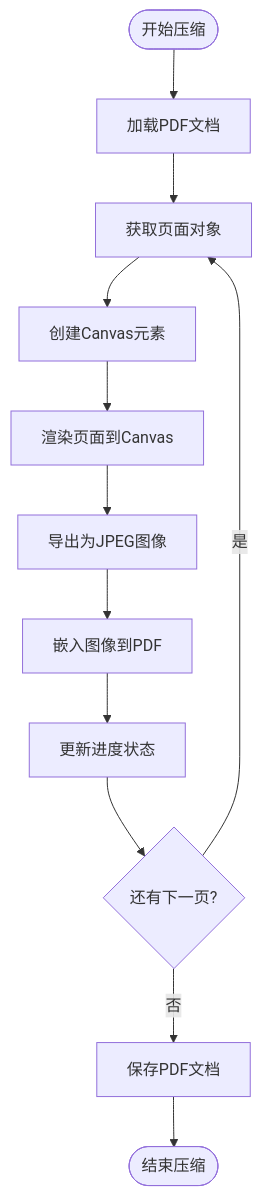
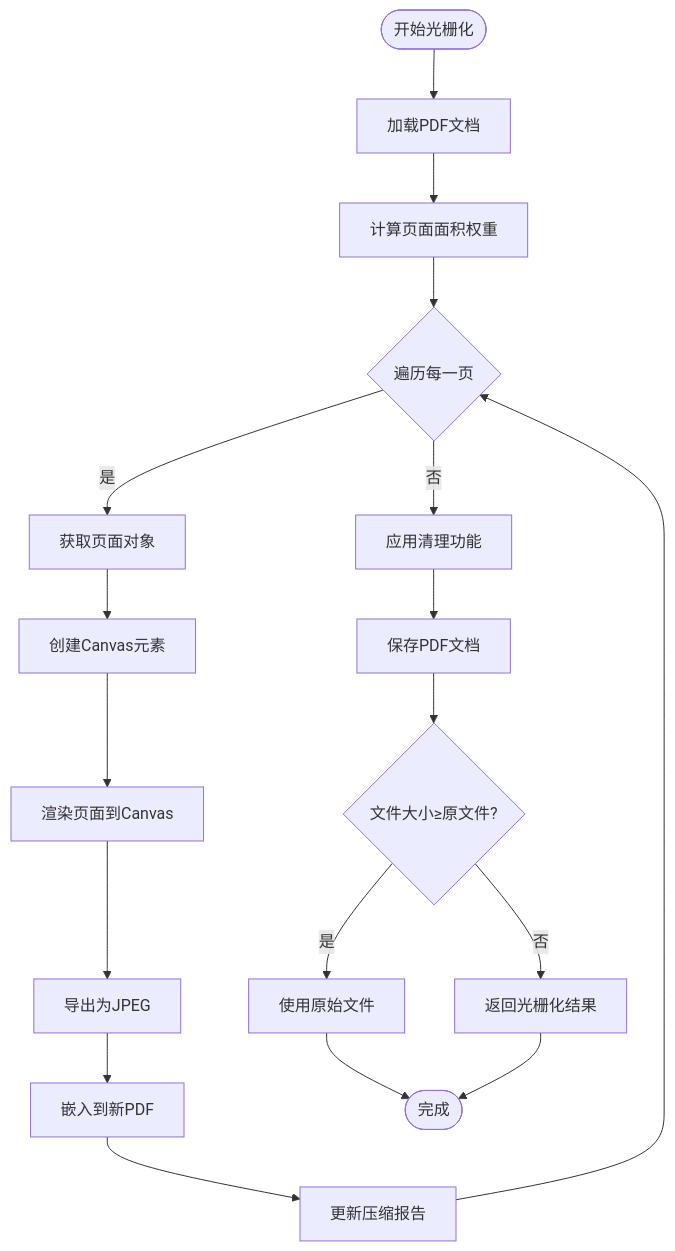
One commit to sgyy/privadeck changed the fifth of 9 diagrams in .qoder/repowiki/zh/content/PDF工具/PDF压缩工具.md. Above: the diagram before and after it, drawn with Mermaid. The commit also changed other lines of this file and 7 other files, not shown here.

````diff
--- a/.qoder/repowiki/zh/content/PDF工具/PDF压缩工具.md
+++ b/.qoder/repowiki/zh/content/PDF工具/PDF压缩工具.md
@@ -144,14 +295,20 @@
 ```mermaid
 flowchart TD
-Start([开始压缩]) --> LoadPDF["加载PDF文档"]
-LoadPDF --> GetPage["获取页面对象"]
+Start([开始光栅化]) --> LoadPDF["加载PDF文档"]
+LoadPDF --> ComputeAreas["计算页面面积权重"]
+ComputeAreas --> LoopPages{"遍历每一页"}
+LoopPages --> |是| GetPage["获取页面对象"]
 GetPage --> CreateCanvas["创建Canvas元素"]
 CreateCanvas --> RenderPage["渲染页面到Canvas"]
-RenderPage --> ExportJPEG["导出为JPEG图像"]
-ExportJPEG --> EmbedImage["嵌入图像到PDF"]
-EmbedImage --> UpdateProgress["更新进度状态"]
-UpdateProgress --> NextPage{"还有下一页?"}
-NextPage --> |是| GetPage
-NextPage --> |否| SavePDF["保存PDF文档"]
-SavePDF --> End([结束压缩])
+RenderPage --> ExportJPEG["导出为JPEG"]
+ExportJPEG --> EmbedImage["嵌入到新PDF"]
+EmbedImage --> UpdateReport["更新压缩报告"]
+UpdateReport --> LoopPages
+LoopPages --> |否| ApplyCleanup["应用清理功能"]
+ApplyCleanup --> SavePDF["保存PDF文档"]
+SavePDF --> CheckFallback{"文件大小≥原文件?"}
+CheckFallback --> |是| UseOriginal["使用原始文件"]
+CheckFallback --> |否| ReturnResult["返回光栅化结果"]
+UseOriginal --> End([完成])
+ReturnResult --> End
 ```
````
